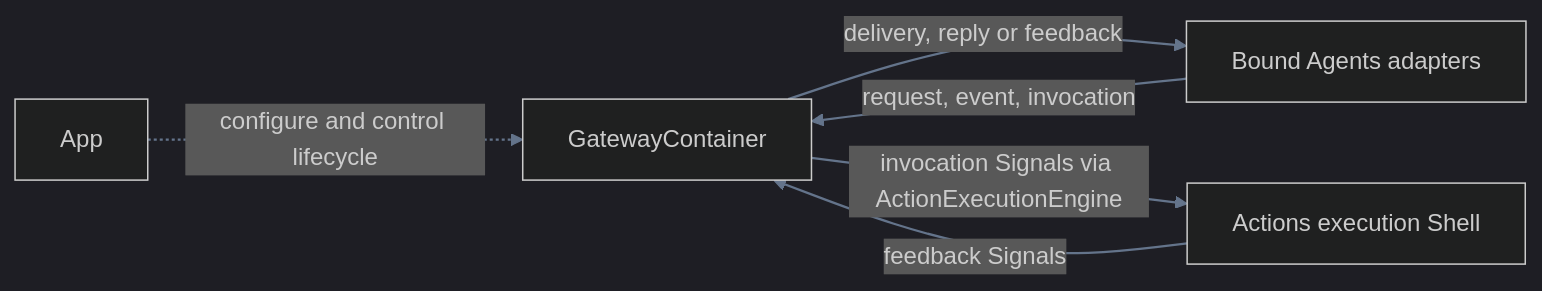
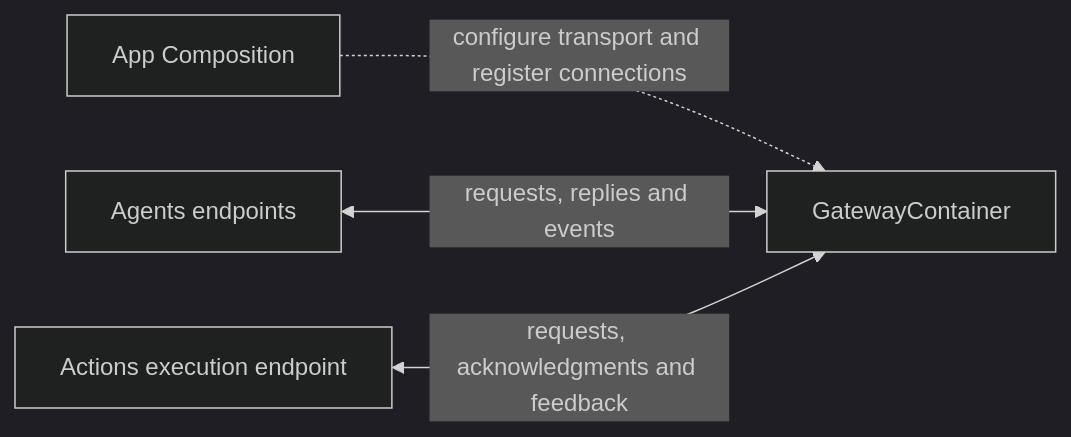
One commit to devilyouwei/MobileHarness changed the first of 2 diagrams in MobileHarness/Gateway/README.md. Above: the diagram before and after it, drawn with Mermaid (dark theme). The commit also changed other lines of this file and 97 other files, not shown here.

First line of the commit message:
Unify action and tool transport and log Agent controls

````diff
--- a/MobileHarness/Gateway/README.md
+++ b/MobileHarness/Gateway/README.md
@@ -11,9 +9,6 @@
 ```mermaid
 flowchart LR
-    App["App"] -.->|configure and control lifecycle| G["GatewayContainer"]
-    Agent["Bound Agents adapters"] -->|request, event, invocation| G
-    G -->|delivery, reply or feedback| Agent
-    G -->|invocation Signals via ActionExecutionEngine| X["Actions execution Shell"]
-    X -->|feedback Signals| G
-    linkStyle default stroke:#64748b,stroke-width:1.5px
+    App["App Composition"] -.->|configure transport and register connections| G["GatewayContainer"]
+    Agents["Agents endpoints"] <-->|requests, replies and events| G
+    Actions["Actions execution endpoint"] <-->|requests, acknowledgments and feedback| G
 ```
````
